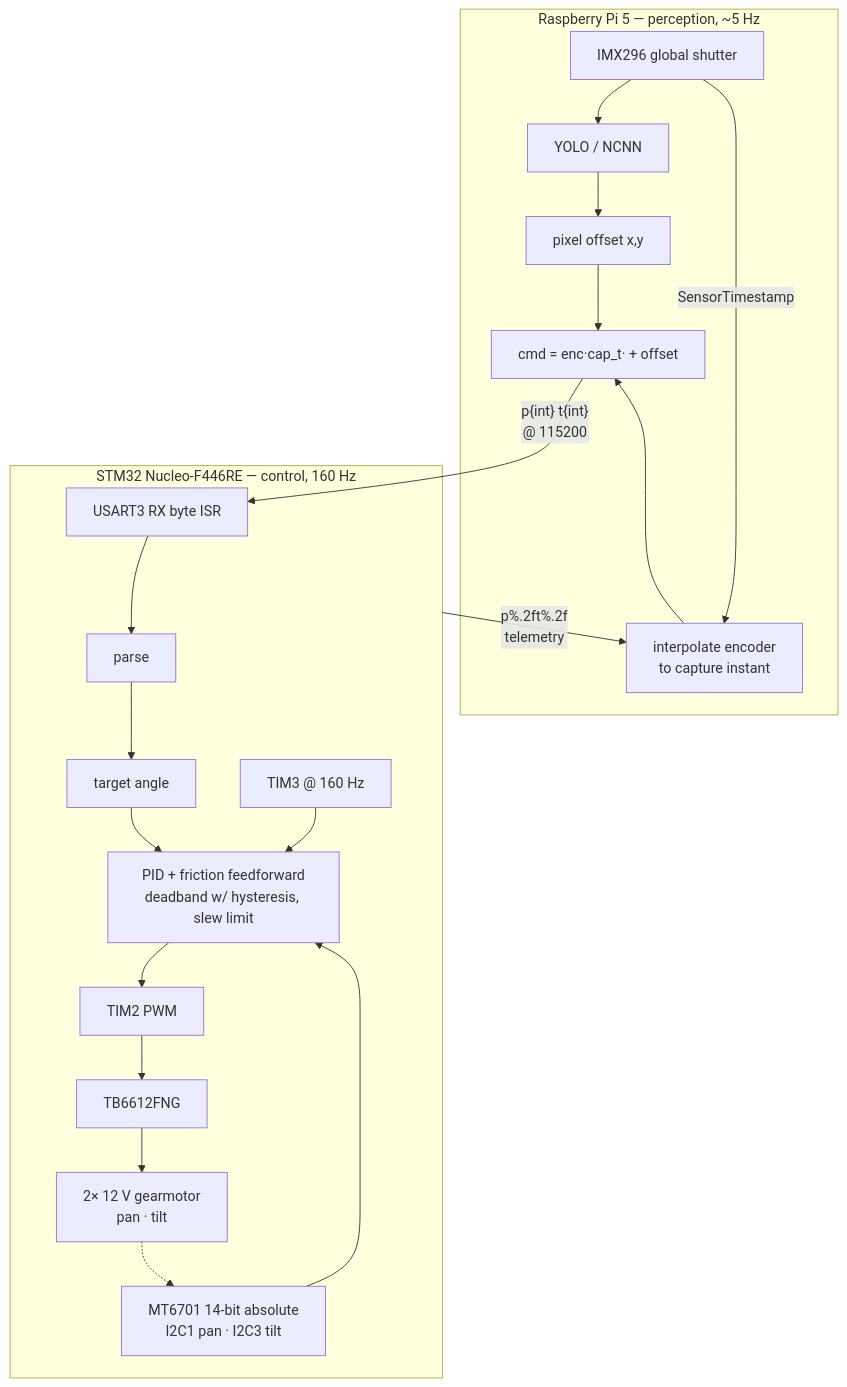
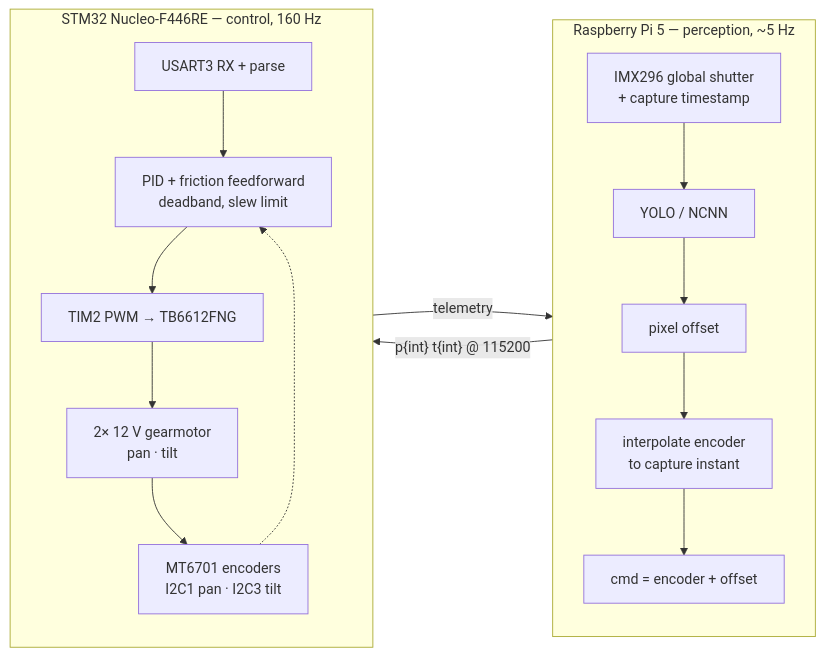
One commit to sam-lindwall/turret-v2 changed the diagram in README.md. Above: the diagram before and after it, drawn with Mermaid. The commit also changed other lines of this file, not shown here.

Commit message:
Update README with GPIO assignment and architecture
Added CubeMX GPIO pin assignment section and updated architecture diagram.

````diff
--- a/README.md
+++ b/README.md
@@ -17,22 +18,26 @@
 ```mermaid
-flowchart TB
+flowchart LR
     subgraph PI["Raspberry Pi 5 — perception, ~5 Hz"]
-        CAM[IMX296 global shutter] --> YOLO[YOLO / NCNN]
-        YOLO --> OFF[pixel offset x,y]
-        CAM -- SensorTimestamp --> INTERP[interpolate encoder<br/>to capture instant]
-        OFF --> CMD["cmd = enc·cap_t· + offset"]
-        INTERP --> CMD
+        direction TB
+        CAM["IMX296 global shutter<br/>+ capture timestamp"]
+        YOLO["YOLO / NCNN"]
+        OFF["pixel offset"]
+        INTERP["interpolate encoder<br/>to capture instant"]
+        CMD["cmd = encoder + offset"]
+        CAM --> YOLO --> OFF --> INTERP --> CMD
     end
 
     subgraph STM["STM32 Nucleo-F446RE — control, 160 Hz"]
-        RX["USART3 RX byte ISR"] --> PARSE[parse] --> TGT[target angle]
-        TIM3["TIM3 @ 160 Hz"] --> LOOP
-        TGT --> LOOP["PID + friction feedforward<br/>deadband w/ hysteresis, slew limit"]
-        ENC["MT6701 14-bit absolute<br/>I2C1 pan · I2C3 tilt"] --> LOOP
-        LOOP --> PWM[TIM2 PWM] --> DRV[TB6612FNG] --> MOT["2× 12 V gearmotor<br/>pan · tilt"]
-        MOT -.-> ENC
+        direction TB
+        RX["USART3 RX + parse"]
+        LOOP["PID + friction feedforward<br/>deadband, slew limit"]
+        PWM["TIM2 PWM → TB6612FNG"]
+        MOT["2× 12 V gearmotor<br/>pan · tilt"]
+        ENC["MT6701 encoders<br/>I2C1 pan · I2C3 tilt"]
+        RX --> LOOP --> PWM --> MOT --> ENC
+        ENC -.-> LOOP
     end
 
-    CMD -- "p{int} t{int}\n @ 115200" --> RX
-    STM -- "p%.2ft%.2f\n telemetry" --> INTERP
+    CMD -- "p{int} t{int} @ 115200" --> RX
+    LOOP -- "telemetry" --> INTERP
 ```
````
